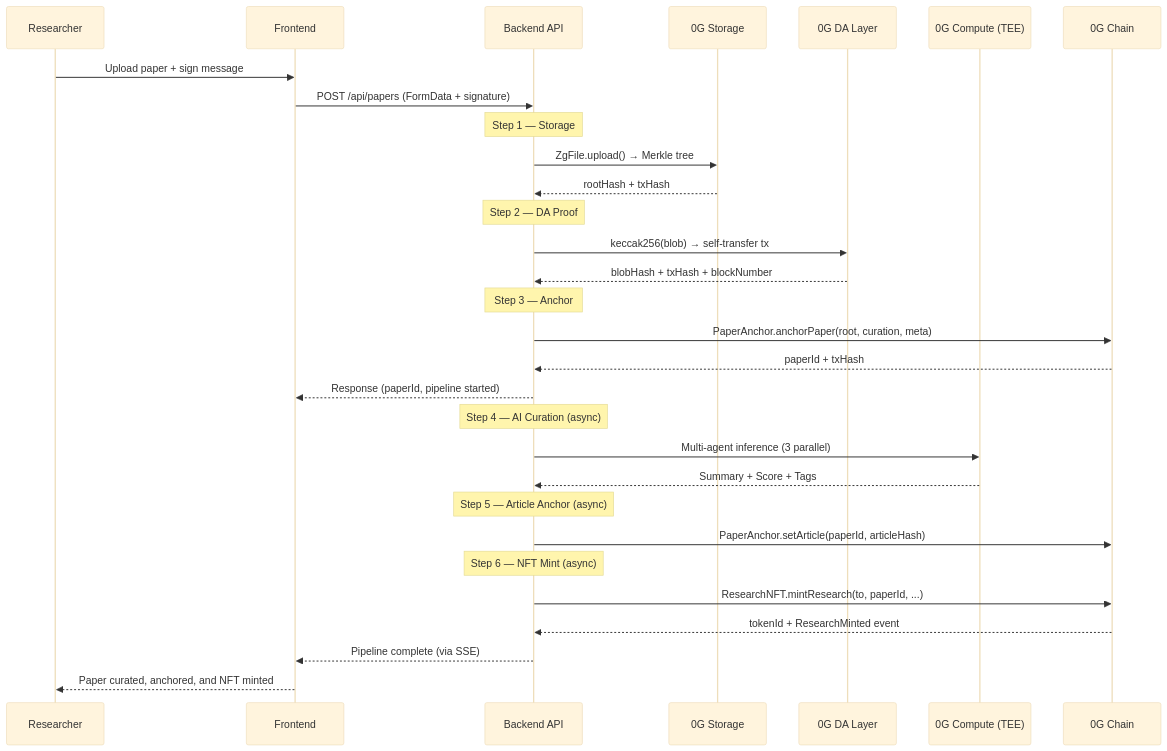
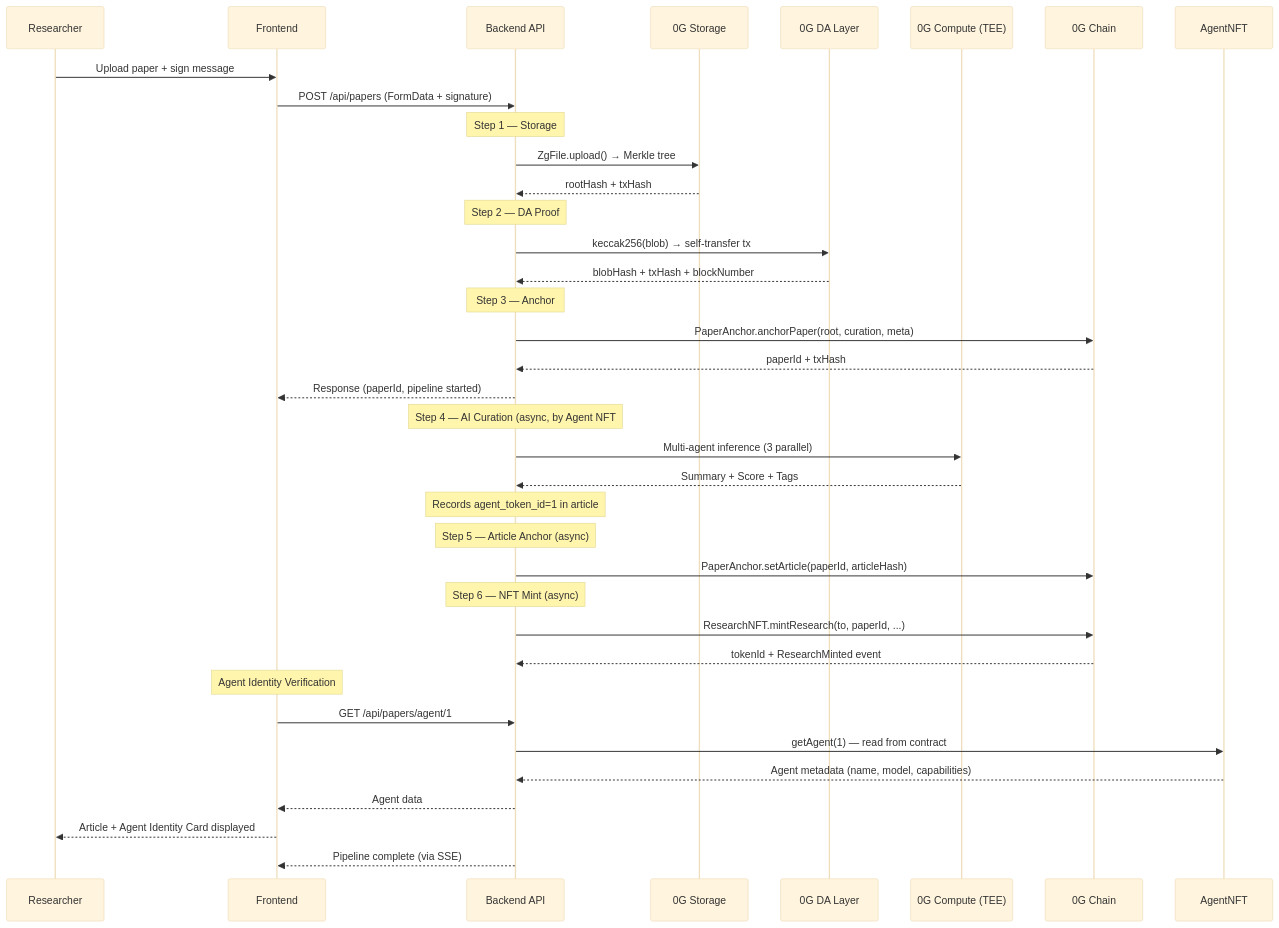
The second of 4 diagrams in README.md (dwlpra/rumah-peneliti), drawn with Mermaid (base theme) before and after one commit. The commit also changed other lines of this file and 17 other files, not shown here.

First line of the commit message:
feat: on-chain AI agent identity (ERC-7857 inspired), 4th contract on 0G mainnet

````diff
--- a/README.md
+++ b/README.md
@@ -114,40 +172,48 @@
 ```mermaid
 sequenceDiagram
     participant R as Researcher
     participant FE as Frontend
     participant BE as Backend API
     participant S as 0G Storage
     participant DA as 0G DA Layer
     participant C as 0G Compute (TEE)
     participant CH as 0G Chain
+    participant AG as AgentNFT
 
     R->>FE: Upload paper + sign message
     FE->>BE: POST /api/papers (FormData + signature)
 
     Note over BE: Step 1 — Storage
     BE->>S: ZgFile.upload() → Merkle tree
     S-->>BE: rootHash + txHash
 
     Note over BE: Step 2 — DA Proof
     BE->>DA: keccak256(blob) → self-transfer tx
     DA-->>BE: blobHash + txHash + blockNumber
 
     Note over BE: Step 3 — Anchor
     BE->>CH: PaperAnchor.anchorPaper(root, curation, meta)
     CH-->>BE: paperId + txHash
     BE-->>FE: Response (paperId, pipeline started)
 
-    Note over BE: Step 4 — AI Curation (async)
+    Note over BE: Step 4 — AI Curation (async, by Agent NFT #1)
     BE->>C: Multi-agent inference (3 parallel)
     C-->>BE: Summary + Score + Tags
+    Note over BE: Records agent_token_id=1 in article
 
     Note over BE: Step 5 — Article Anchor (async)
     BE->>CH: PaperAnchor.setArticle(paperId, articleHash)
 
     Note over BE: Step 6 — NFT Mint (async)
     BE->>CH: ResearchNFT.mintResearch(to, paperId, ...)
     CH-->>BE: tokenId + ResearchMinted event
 
+    Note over FE: Agent Identity Verification
+    FE->>BE: GET /api/papers/agent/1
+    BE->>AG: getAgent(1) — read from contract
+    AG-->>BE: Agent metadata (name, model, capabilities)
+    BE-->>FE: Agent data
+    FE-->>R: Article + Agent Identity Card displayed
+
     BE-->>FE: Pipeline complete (via SSE)
-    FE-->>R: Paper curated, anchored, and NFT minted
 ```
````
